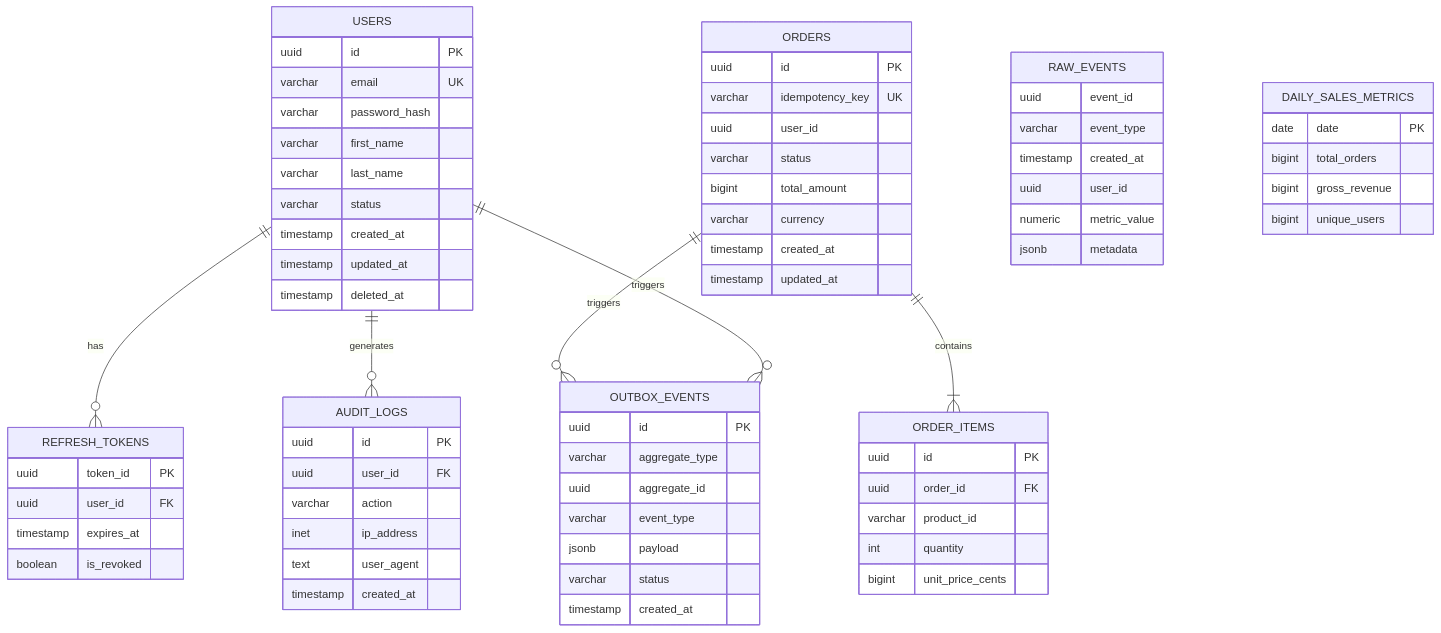
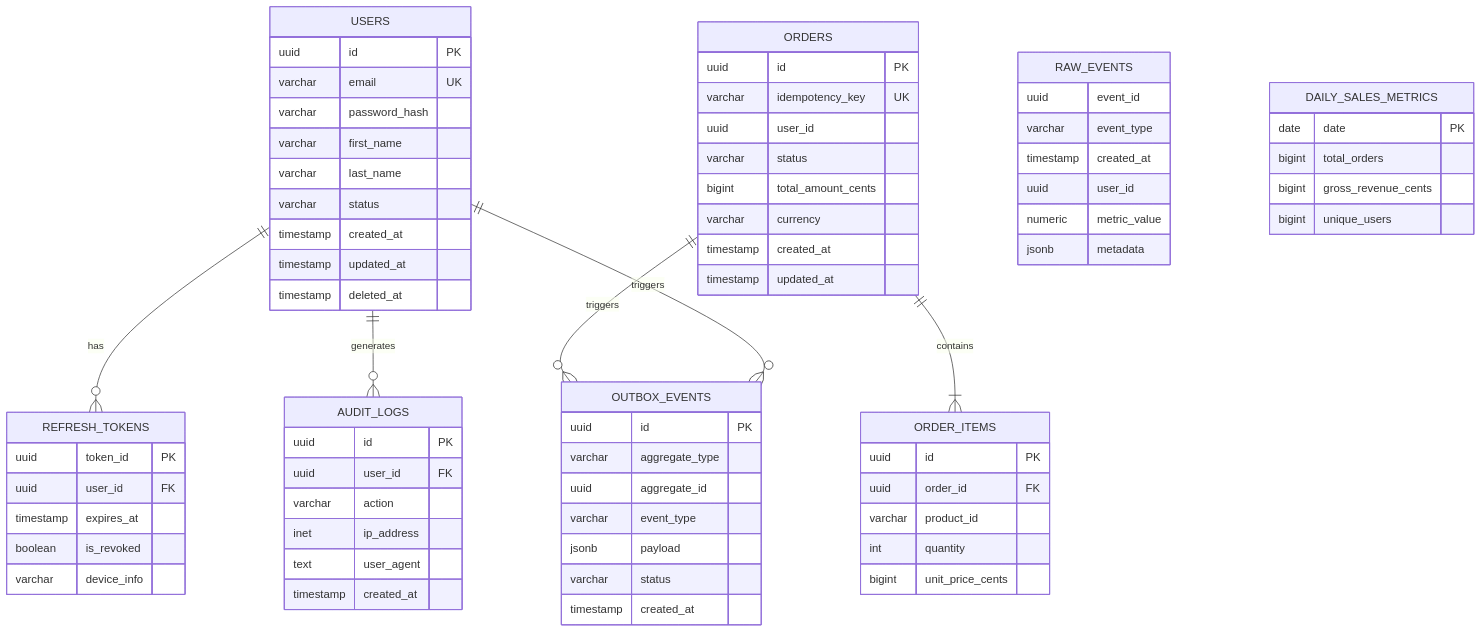
The diagram in docs/database/database-design.md (sandroeric/microservices-event-engine), drawn with Mermaid before and after one commit. The commit also changed other lines of this file and 5 other files, not shown here.

First line of the commit message:
docs: fix cross-file inconsistencies in architecture and service specs

````diff
--- a/docs/database/database-design.md
+++ b/docs/database/database-design.md
@@ -17,80 +17,81 @@
 ```mermaid
 erDiagram
     %% User Service Local Schema
     USERS {
         uuid id PK
         varchar email UK
         varchar password_hash
         varchar first_name
         varchar last_name
         varchar status
         timestamp created_at
         timestamp updated_at
         timestamp deleted_at
     }
     REFRESH_TOKENS {
         uuid token_id PK
         uuid user_id FK
         timestamp expires_at
         boolean is_revoked
+        varchar device_info
     }
     USERS ||--o{ REFRESH_TOKENS : has
     AUDIT_LOGS {
         uuid id PK
         uuid user_id FK
         varchar action
         inet ip_address
         text user_agent
         timestamp created_at
     }
     USERS ||--o{ AUDIT_LOGS : generates
 
     %% Order Service Local Schema
     ORDERS {
         uuid id PK
         varchar idempotency_key UK
         uuid user_id
         varchar status
-        bigint total_amount
+        bigint total_amount_cents
         varchar currency
         timestamp created_at
         timestamp updated_at
     }
     ORDER_ITEMS {
         uuid id PK
         uuid order_id FK
         varchar product_id
         int quantity
         bigint unit_price_cents
     }
     ORDERS ||--|{ ORDER_ITEMS : contains
 
     %% Standard Outbox Table (Per Service)
     OUTBOX_EVENTS {
         uuid id PK
         varchar aggregate_type
         uuid aggregate_id
         varchar event_type
         jsonb payload
         varchar status
         timestamp created_at
     }
     ORDERS ||--o{ OUTBOX_EVENTS : triggers
     USERS ||--o{ OUTBOX_EVENTS : triggers
 
     %% Analytics Service Local Schema
     RAW_EVENTS {
         uuid event_id
         varchar event_type
         timestamp created_at
         uuid user_id
         numeric metric_value
         jsonb metadata
     }
     DAILY_SALES_METRICS {
         date date PK
         bigint total_orders
-        bigint gross_revenue
+        bigint gross_revenue_cents
         bigint unique_users
     }
 ```
````
